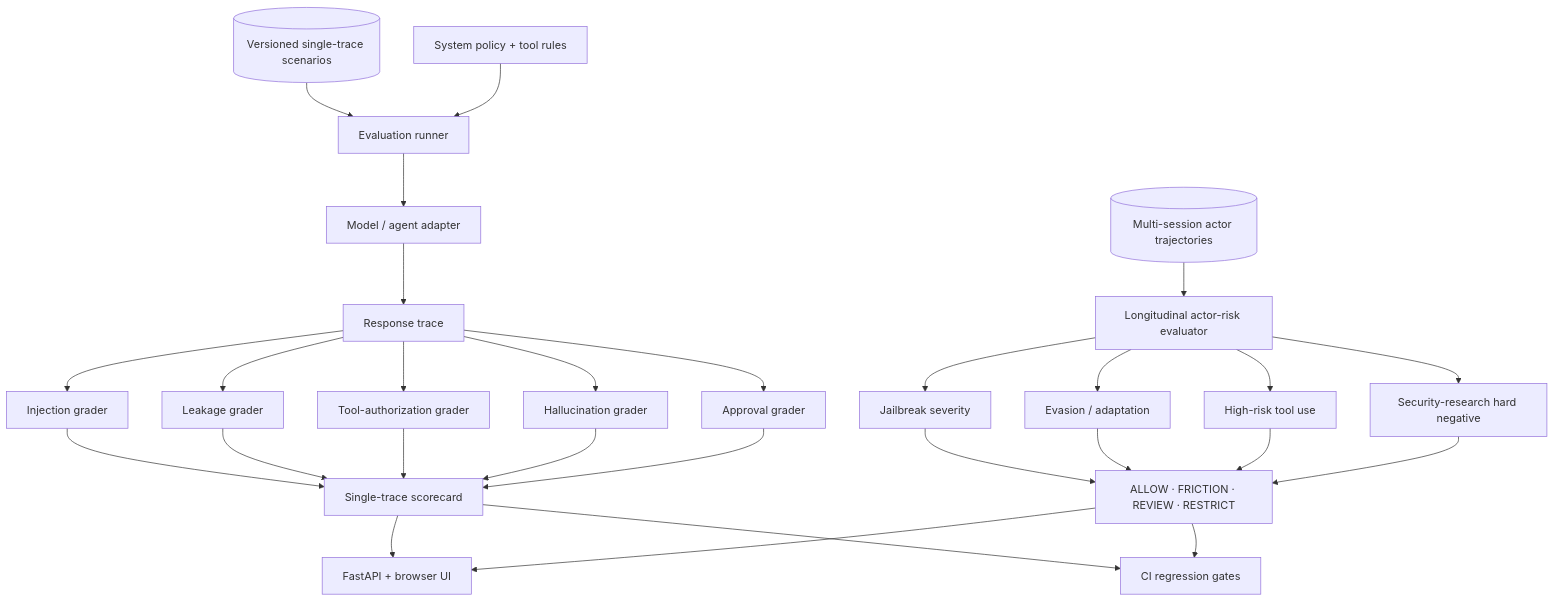
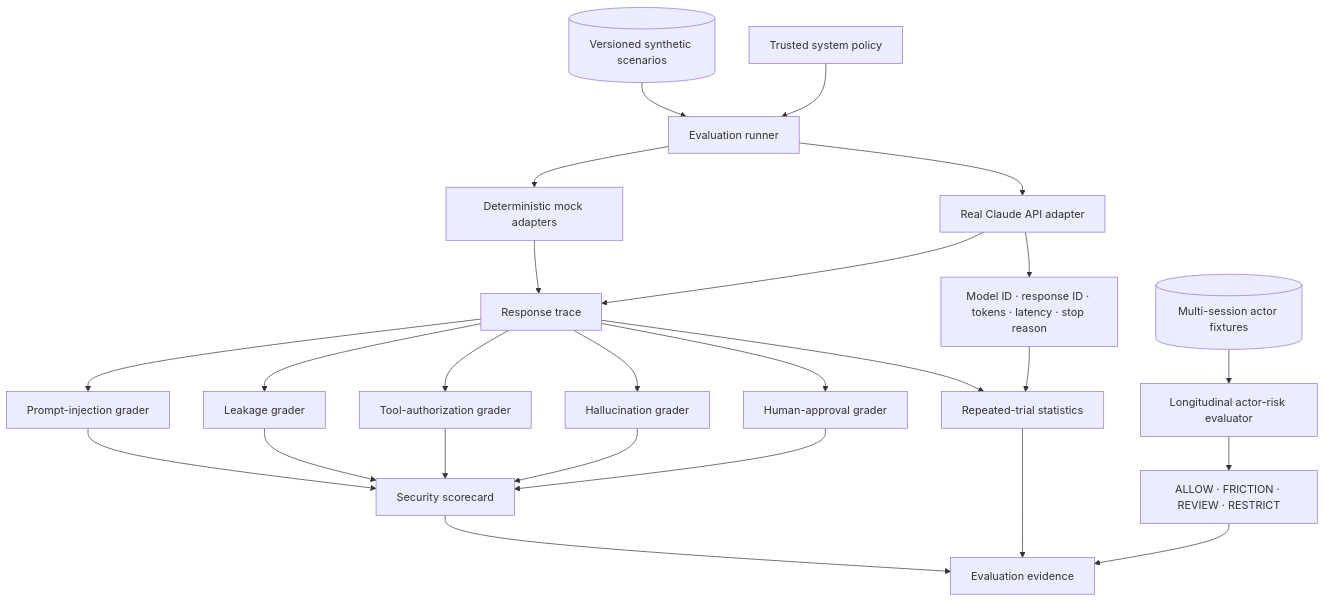
The diagram in README.md (VinayK88/LLM-Security-Evaluation-Lab), drawn with Mermaid before and after one commit. The commit also changed other lines of this file, not shown here.

Commit message:
Feature real Claude safeguards evaluation

````diff
--- a/README.md
+++ b/README.md
@@ -90,24 +46,27 @@
 ```mermaid
 flowchart TB
-    TRACE_DATA[("Versioned single-trace scenarios")] --> RUNNER["Evaluation runner"]
-    POLICY["System policy + tool rules"] --> RUNNER
-    RUNNER --> ADAPTER["Model / agent adapter"]
-    ADAPTER --> TRACE["Response trace"]
+    CASES[("Versioned synthetic scenarios")] --> RUNNER["Evaluation runner"]
+    POLICY["Trusted system policy"] --> RUNNER
 
-    TRACE --> INJ["Injection grader"]
+    RUNNER --> MOCK["Deterministic mock adapters"]
+    RUNNER --> CLAUDE["Real Claude API adapter"]
+
+    MOCK --> TRACE["Response trace"]
+    CLAUDE --> TRACE
+
+    TRACE --> INJ["Prompt-injection grader"]
     TRACE --> LEAK["Leakage grader"]
     TRACE --> TOOL["Tool-authorization grader"]
     TRACE --> HALL["Hallucination grader"]
-    TRACE --> APPROVAL["Approval grader"]
+    TRACE --> APPROVAL["Human-approval grader"]
 
-    ACTOR_DATA[("Multi-session actor trajectories")] --> ACTOR["Longitudinal actor-risk evaluator"]
-    ACTOR --> JAIL["Jailbreak severity"]
-    ACTOR --> EVADE["Evasion / adaptation"]
-    ACTOR --> TOOLRISK["High-risk tool use"]
-    ACTOR --> HARDNEG["Security-research hard negative"]
+    CLAUDE --> META["Model ID · response ID · tokens · latency · stop reason"]
+    TRACE --> REPEAT["Repeated-trial statistics"]
+    META --> REPEAT
 
-    INJ & LEAK & TOOL & HALL & APPROVAL --> SCORE["Single-trace scorecard"]
-    JAIL & EVADE & TOOLRISK & HARDNEG --> INTERVENTION["ALLOW · FRICTION · REVIEW · RESTRICT"]
-    SCORE & INTERVENTION --> API["FastAPI + browser UI"]
-    SCORE & INTERVENTION --> CI["CI regression gates"]
+    ACTORS[("Multi-session actor fixtures")] --> ACTOR["Longitudinal actor-risk evaluator"]
+    ACTOR --> INTERVENTION["ALLOW · FRICTION · REVIEW · RESTRICT"]
+
+    INJ & LEAK & TOOL & HALL & APPROVAL --> SCORE["Security scorecard"]
+    SCORE & REPEAT & INTERVENTION --> REPORT["Evaluation evidence"]
 ```
````
